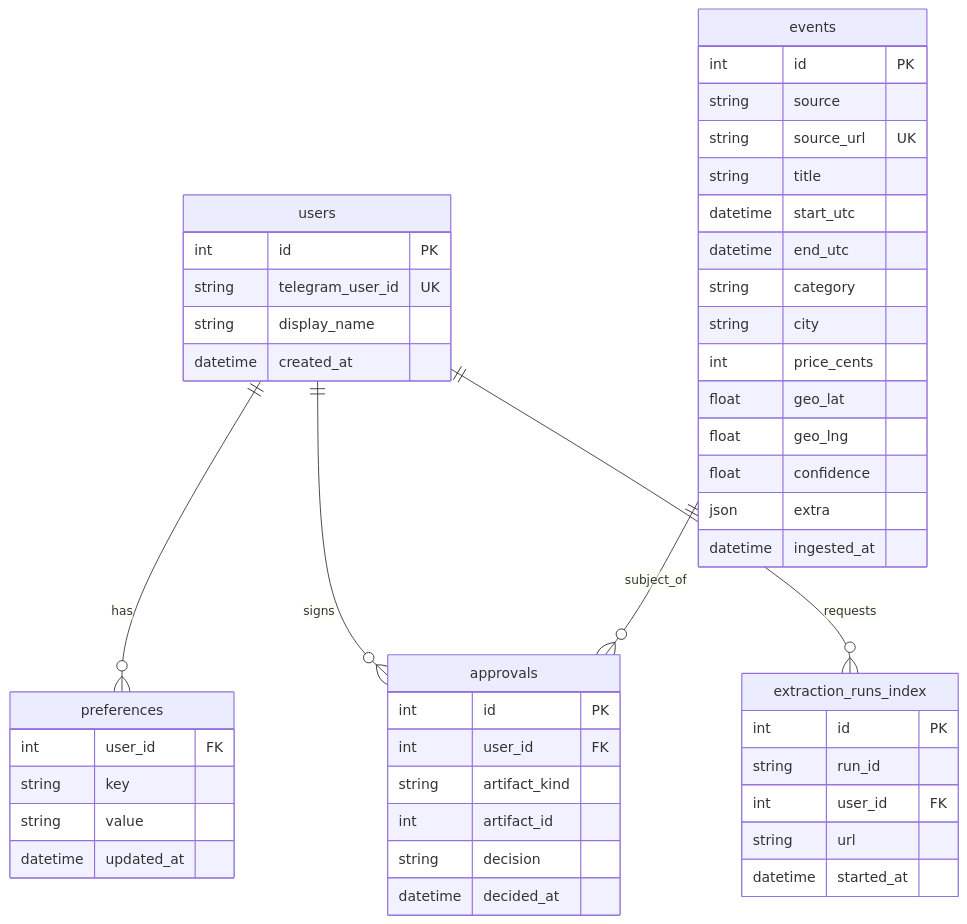
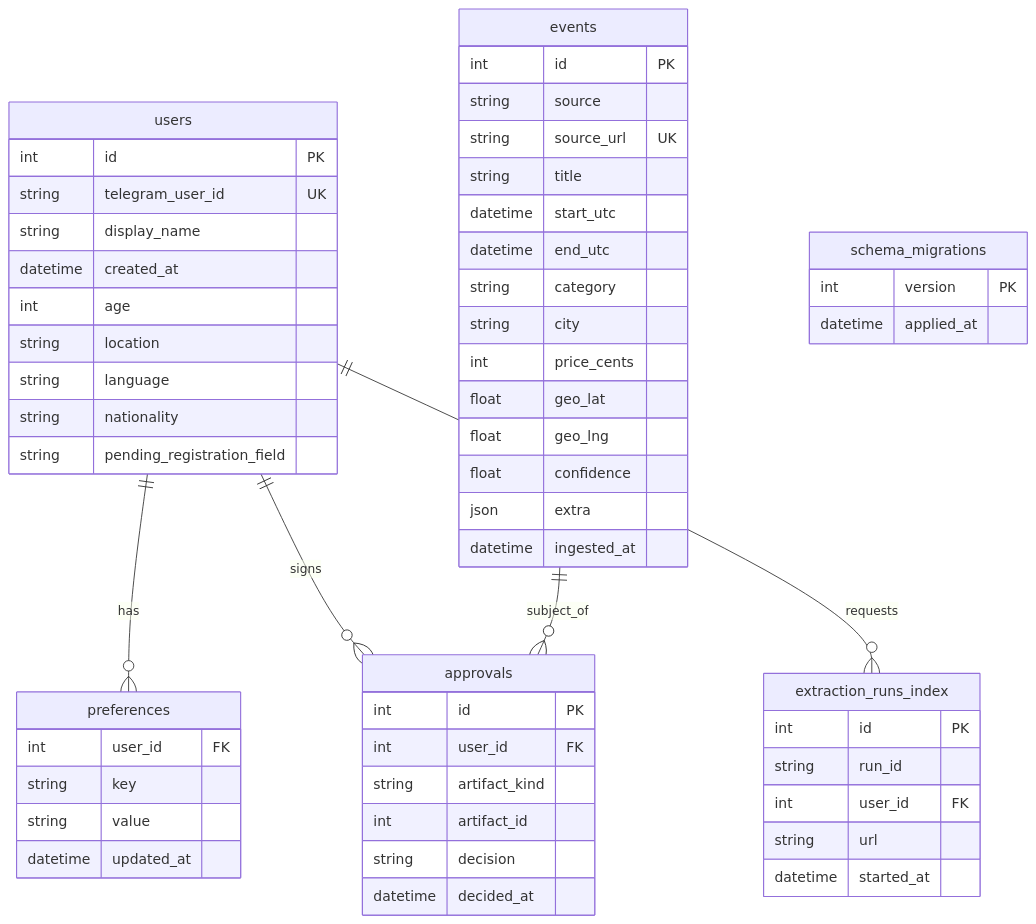
One commit to CiroGamboa/planazo changed the fourth of 8 diagrams in docs/MVP-ARCHITECTURE.md. Above: the diagram before and after it, drawn with Mermaid. The commit also changed other lines of this file and 8 other files, not shown here.

````diff
--- a/docs/MVP-ARCHITECTURE.md
+++ b/docs/MVP-ARCHITECTURE.md
@@ -240,51 +241,60 @@
 ```mermaid
 erDiagram
     users ||--o{ preferences : has
     users ||--o{ approvals : signs
     users ||--o{ extraction_runs_index : requests
     events ||--o{ approvals : subject_of
 
     users {
         int id PK
         string telegram_user_id UK
         string display_name
         datetime created_at
+        int age
+        string location
+        string language
+        string nationality
+        string pending_registration_field
     }
     events {
         int id PK
         string source
         string source_url UK
         string title
         datetime start_utc
         datetime end_utc
         string category
         string city
         int price_cents
         float geo_lat
         float geo_lng
         float confidence
         json extra
         datetime ingested_at
     }
     preferences {
         int user_id FK
         string key
         string value
         datetime updated_at
     }
     approvals {
         int id PK
         int user_id FK
         string artifact_kind
         int artifact_id
         string decision
         datetime decided_at
     }
     extraction_runs_index {
         int id PK
         string run_id
         int user_id FK
         string url
         datetime started_at
     }
+    schema_migrations {
+        int version PK
+        datetime applied_at
+    }
 ```
````
